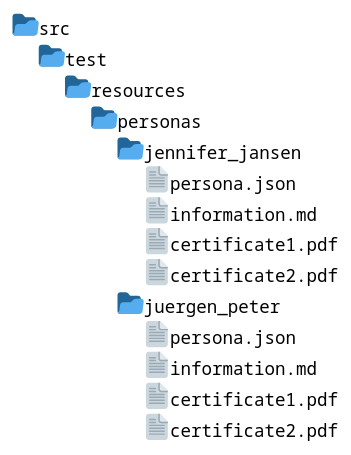
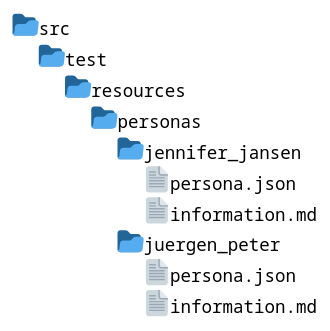
One commit to infoteam-Software-AG/profile-assist changed the diagram in src/main/docs/_includes/concept/persona-folder-structure.puml. Above: the diagram before and after it, drawn with PlantUML.

Commit message:
Remove the PDF certificates, as we neither have nor need them

```diff
--- a/src/main/docs/_includes/concept/persona-folder-structure.puml
+++ b/src/main/docs/_includes/concept/persona-folder-structure.puml
@@ -1,10 +1,6 @@
 @startfiles
 /src/test/resources/personas/jennifer_jansen/persona.json
 /src/test/resources/personas/jennifer_jansen/information.md
-/src/test/resources/personas/jennifer_jansen/certificate1.pdf
-/src/test/resources/personas/jennifer_jansen/certificate2.pdf
 /src/test/resources/personas/juergen_peter/persona.json
 /src/test/resources/personas/juergen_peter/information.md
-/src/test/resources/personas/juergen_peter/certificate1.pdf
-/src/test/resources/personas/juergen_peter/certificate2.pdf
 @endfiles
```
